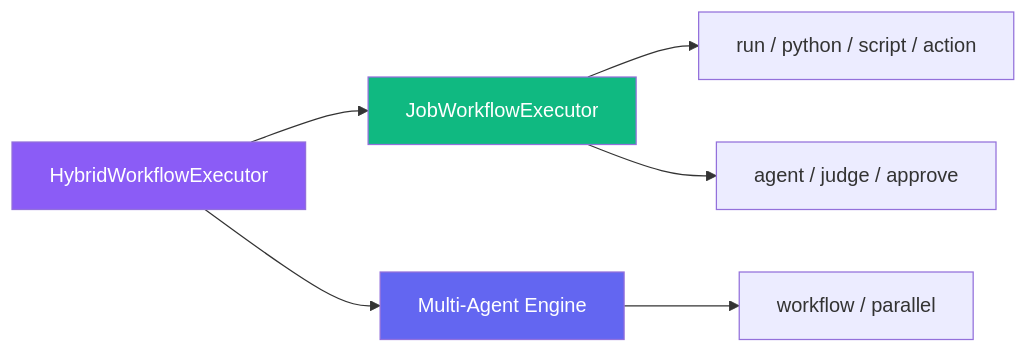
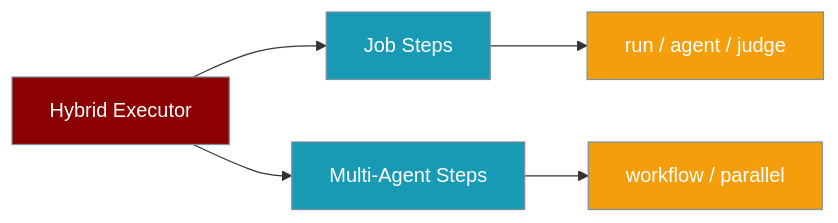
Before and after one commit to MervinPraison/PraisonAIDocs: the diagram in docs/features/hybrid-workflows.mdx, drawn with Mermaid. The commit also changed other lines of this file and 4 other files, not shown here.

````diff
--- a/docs/features/hybrid-workflows.mdx
+++ b/docs/features/hybrid-workflows.mdx
@@ -69,12 +10,16 @@
 ```mermaid
-flowchart LR
-    H["HybridWorkflowExecutor"] --> J["JobWorkflowExecutor"]
-    H --> W["Multi-Agent Engine"]
-    J --> D["run / python / script / action"]
-    J --> A["agent / judge / approve"]
-    W --> MA["workflow / parallel"]
+graph LR
+    H[Hybrid Executor] --> J[Job Steps]
+    H --> W[Multi-Agent Steps]
+    J --> D[run / agent / judge]
+    W --> MA[workflow / parallel]
 
-    style H fill:#8B5CF6,color:#fff
-    style J fill:#10B981,color:#fff
-    style W fill:#6366F1,color:#fff
+    classDef agent fill:#8B0000,stroke:#7C90A0,color:#fff
+    classDef process fill:#189AB4,stroke:#7C90A0,color:#fff
+    classDef step fill:#F59E0B,stroke:#7C90A0,color:#fff
+    classDef result fill:#10B981,stroke:#7C90A0,color:#fff
+
+    class H agent
+    class J,W process
+    class D,MA step
 ```
````
